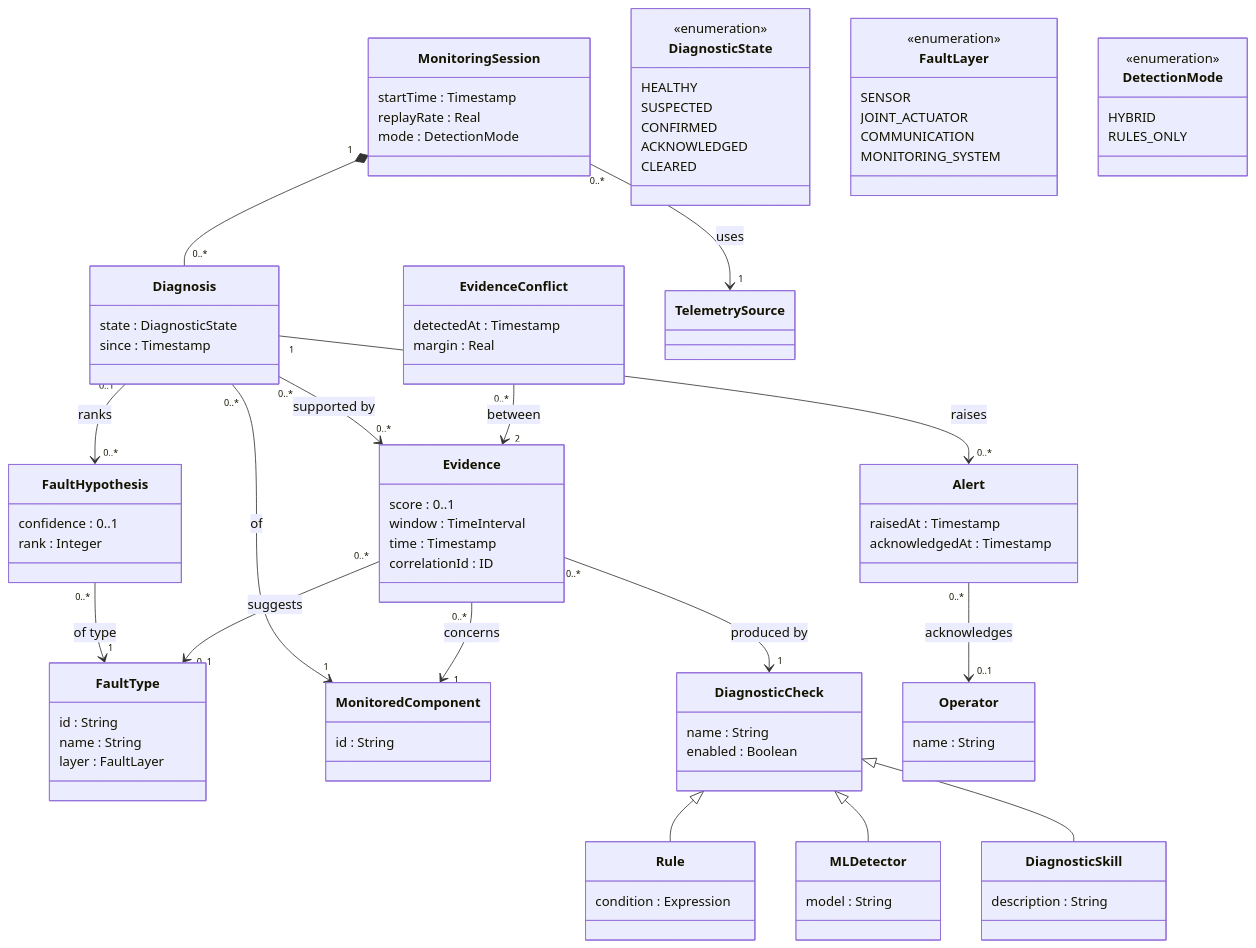
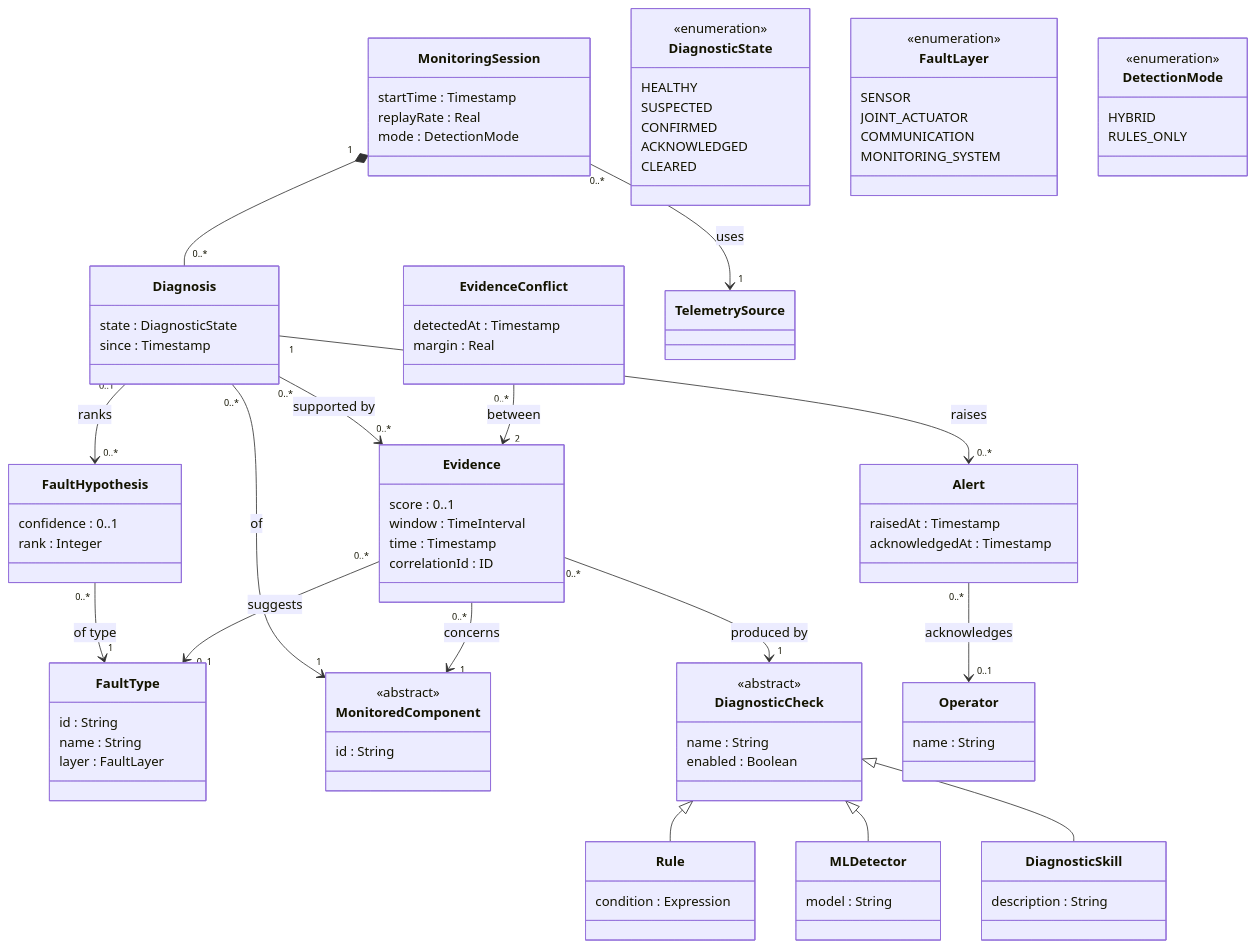
The second of 3 diagrams in docs/requirements/domain-model.md (Relo02/faultguard-g1-docs), drawn with Mermaid before and after one commit. The commit also changed other lines of this file, not shown here.

First line of the commit message:
Match the domain model diagrams to RASD figures 2.1 and 2.2

```diff
--- a/docs/requirements/domain-model.md
+++ b/docs/requirements/domain-model.md
@@ -119,9 +121,11 @@
     correlationId : ID
   }
   class MonitoredComponent {
+    <<abstract>>
     id : String
   }
   class DiagnosticCheck {
+    <<abstract>>
     name : String
     enabled : Boolean
   }
```
